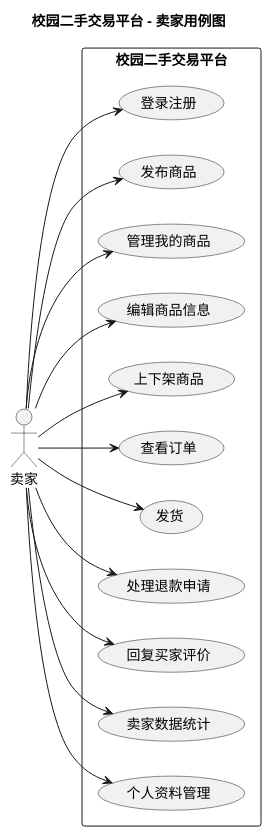
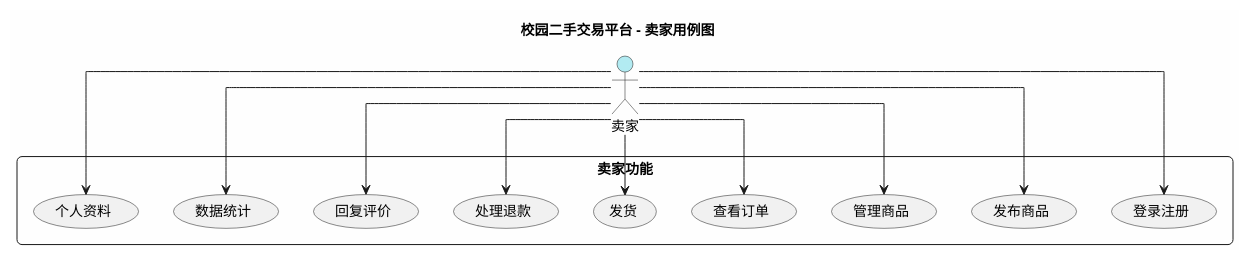
The diagram in docs/usecase-seller.puml (RYELOBE/hmapp01), drawn with PlantUML before and after one commit. The commit also changed 2 other files, not shown here.

```diff
--- a/docs/usecase-seller.puml
+++ b/docs/usecase-seller.puml
@@ -1,37 +1,33 @@
 @startuml
-left to right direction
+skinparam backgroundColor #FEFEFE
+skinparam shadowing false
+skinparam roundcorner 10
+skinparam linetype ortho
 
-' 卖家用例图
 title 校园二手交易平台 - 卖家用例图
 
-actor "卖家" as seller
+actor "卖家" as seller #B2EBF2
 
-rectangle "校园二手交易平台" {
-  
-  usecase "登录注册" as UC1
-  usecase "发布商品" as UC2
-  usecase "管理我的商品" as UC3
-  usecase "编辑商品信息" as UC4
-  usecase "上下架商品" as UC5
-  usecase "查看订单" as UC6
-  usecase "发货" as UC7
-  usecase "处理退款申请" as UC8
-  usecase "回复买家评价" as UC9
-  usecase "卖家数据统计" as UC10
-  usecase "个人资料管理" as UC11
-  
+rectangle "卖家功能" {
+    usecase "登录注册" as UC1
+    usecase "发布商品" as UC2
+    usecase "管理商品" as UC3
+    usecase "查看订单" as UC4
+    usecase "发货" as UC5
+    usecase "处理退款" as UC6
+    usecase "回复评价" as UC7
+    usecase "数据统计" as UC8
+    usecase "个人资料" as UC9
 }
 
 seller --> UC1
 seller --> UC2
 seller --> UC3
 seller --> UC4
 seller --> UC5
 seller --> UC6
 seller --> UC7
 seller --> UC8
 seller --> UC9
-seller --> UC10
-seller --> UC11
 
 @enduml
```
